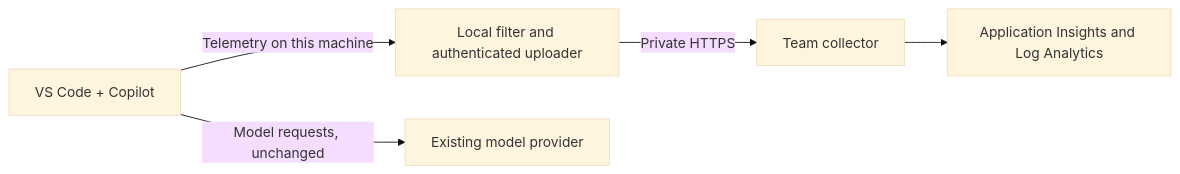
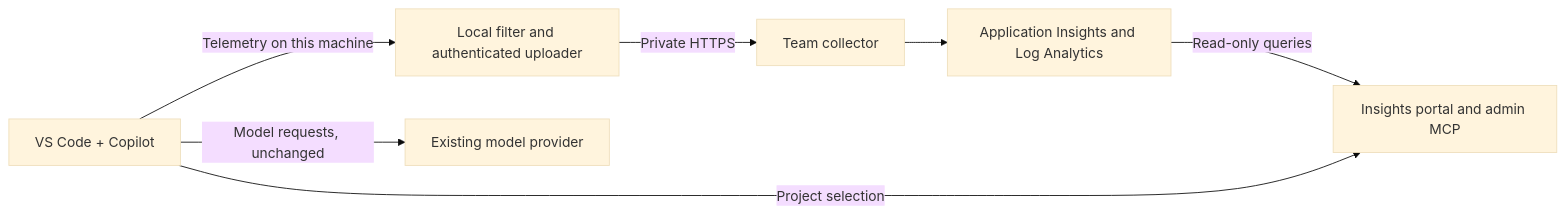
Before and after one commit to microsoft/copilot-insights: the diagram in README.md, drawn with Mermaid (base theme). The commit also changed other lines of this file and 55 other files, not shown here.

First line of the commit message:
feat: deploy the insights portal to Azure with a Log Analytics source

````diff
--- a/README.md
+++ b/README.md
@@ -134,7 +158,9 @@
 ```mermaid
 flowchart LR
     Editor["VS Code + Copilot"] -->|"Telemetry on this machine"| Forwarder["Local filter and authenticated uploader"]
     Forwarder -->|"Private HTTPS"| Collector["Team collector"]
     Collector --> Store["Application Insights and Log Analytics"]
+    Store -->|"Read-only queries"| Portal["Insights portal and admin MCP"]
+    Editor -->|"Project selection"| Portal
     Editor -->|"Model requests, unchanged"| Model["Existing model provider"]
 ```
````
